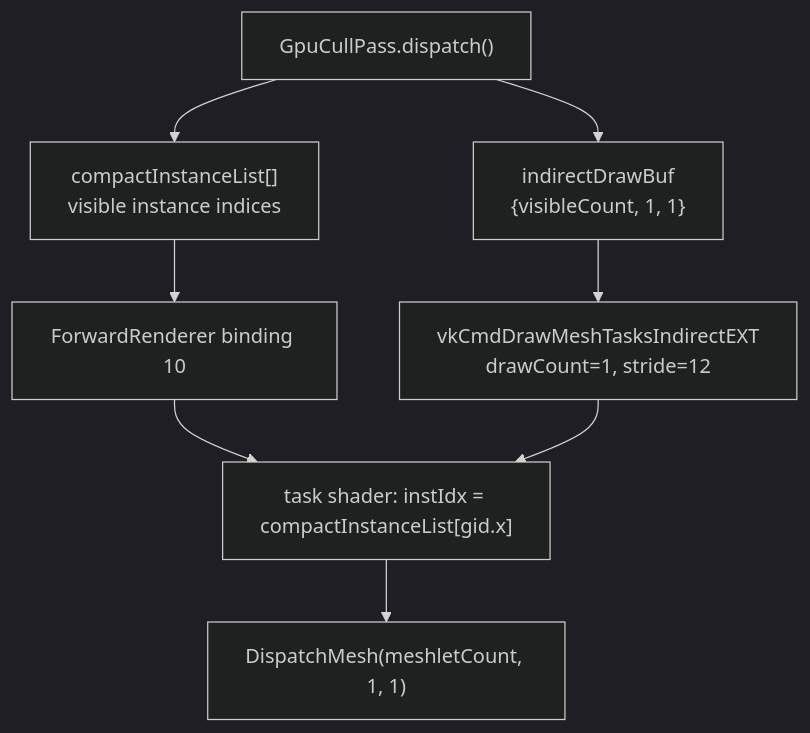
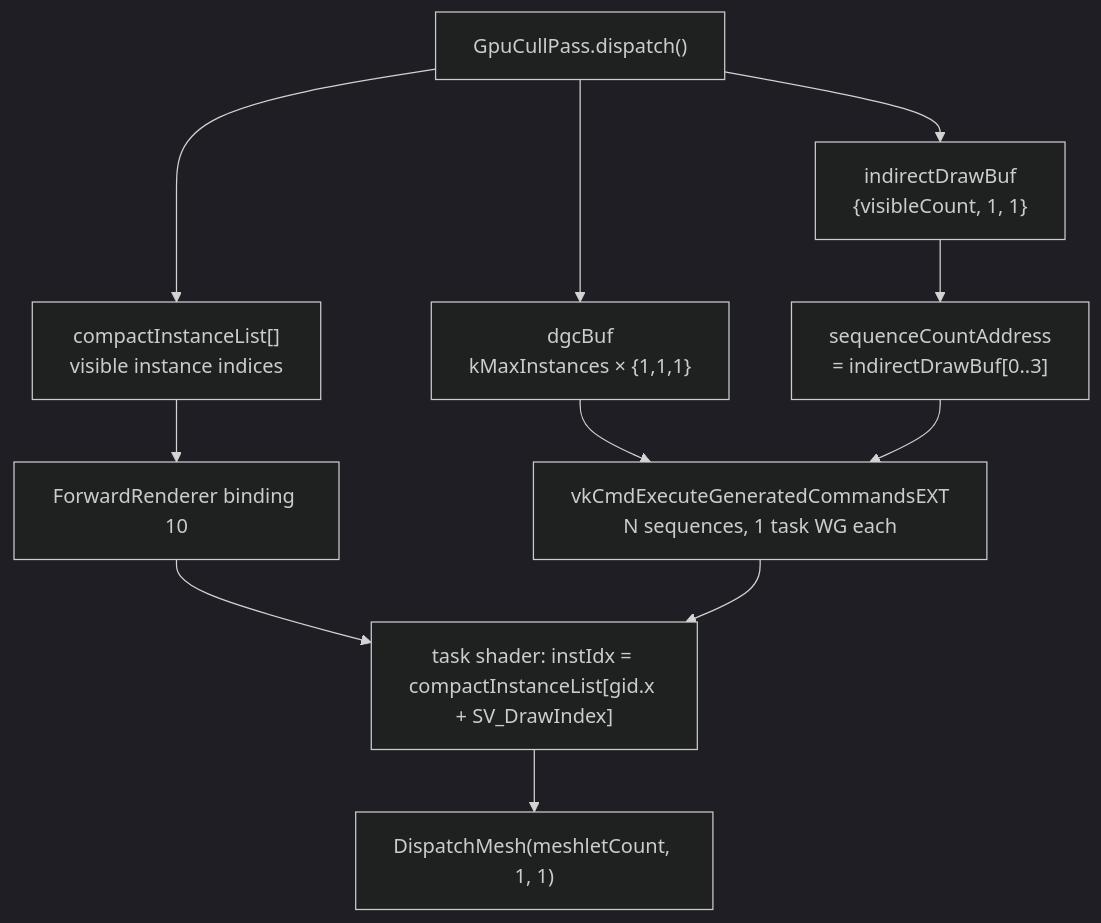
The second of 2 diagrams in AGENTS.md (McNopper/Theia), drawn with Mermaid (dark theme) before and after one commit. The commit also changed other lines of this file and 1 other file, not shown here.

First line of the commit message:
docs: update AGENTS.md + README for GD6 DGC architecture

````diff
--- a/AGENTS.md
+++ b/AGENTS.md
@@ -143,10 +143,13 @@
 ```mermaid
 flowchart TD
     A["GpuCullPass.dispatch()"] --> B["compactInstanceList[]<br/>visible instance indices"]
     A --> C["indirectDrawBuf<br/>{visibleCount, 1, 1}"]
-    B --> D["ForwardRenderer binding 10"]
-    C --> E["vkCmdDrawMeshTasksIndirectEXT<br/>drawCount=1, stride=12"]
-    D --> F["task shader: instIdx = compactInstanceList[gid.x]"]
-    E --> F
-    F --> G["DispatchMesh(meshletCount, 1, 1)"]
+    A --> D["dgcBuf<br/>kMaxInstances × {1,1,1}"]
+    B --> E["ForwardRenderer binding 10"]
+    C --> F["sequenceCountAddress<br/>= indirectDrawBuf[0..3]"]
+    D --> G["vkCmdExecuteGeneratedCommandsEXT<br/>N sequences, 1 task WG each"]
+    E --> H["task shader: instIdx = compactInstanceList[gid.x + SV_DrawIndex]"]
+    F --> G
+    G --> H
+    H --> I["DispatchMesh(meshletCount, 1, 1)"]
 ```
````
